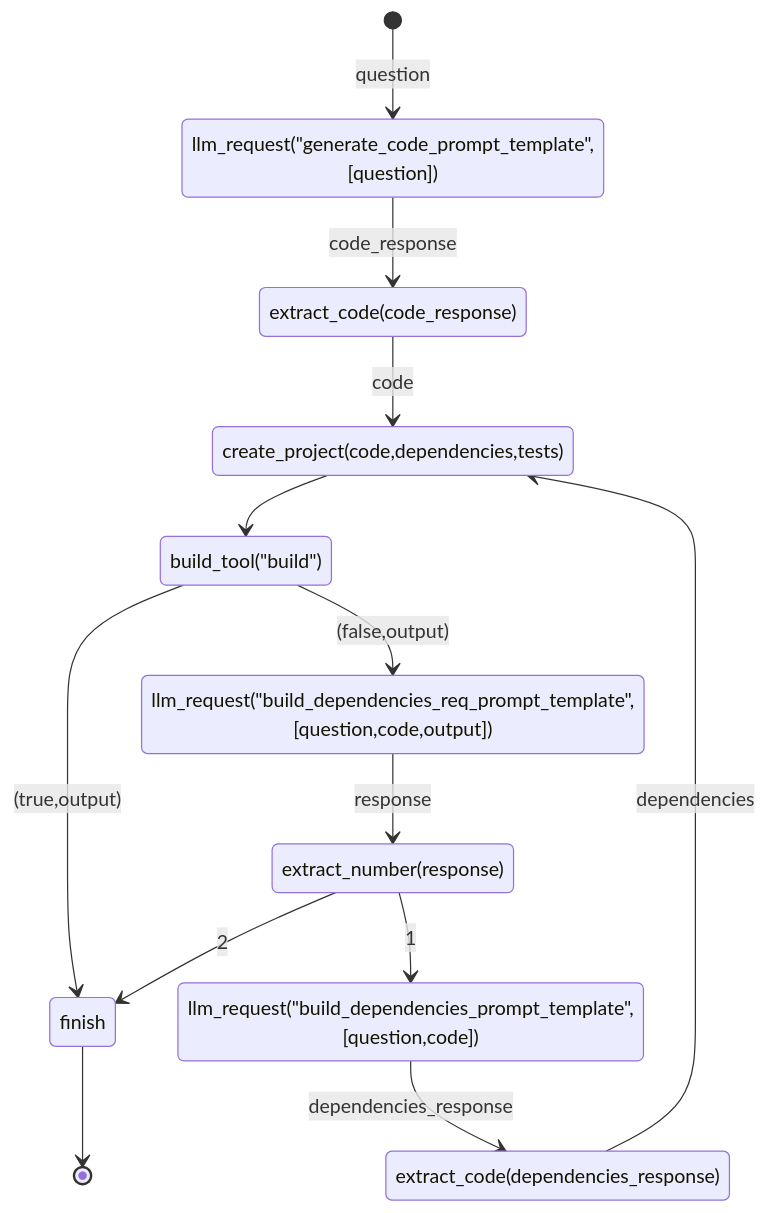
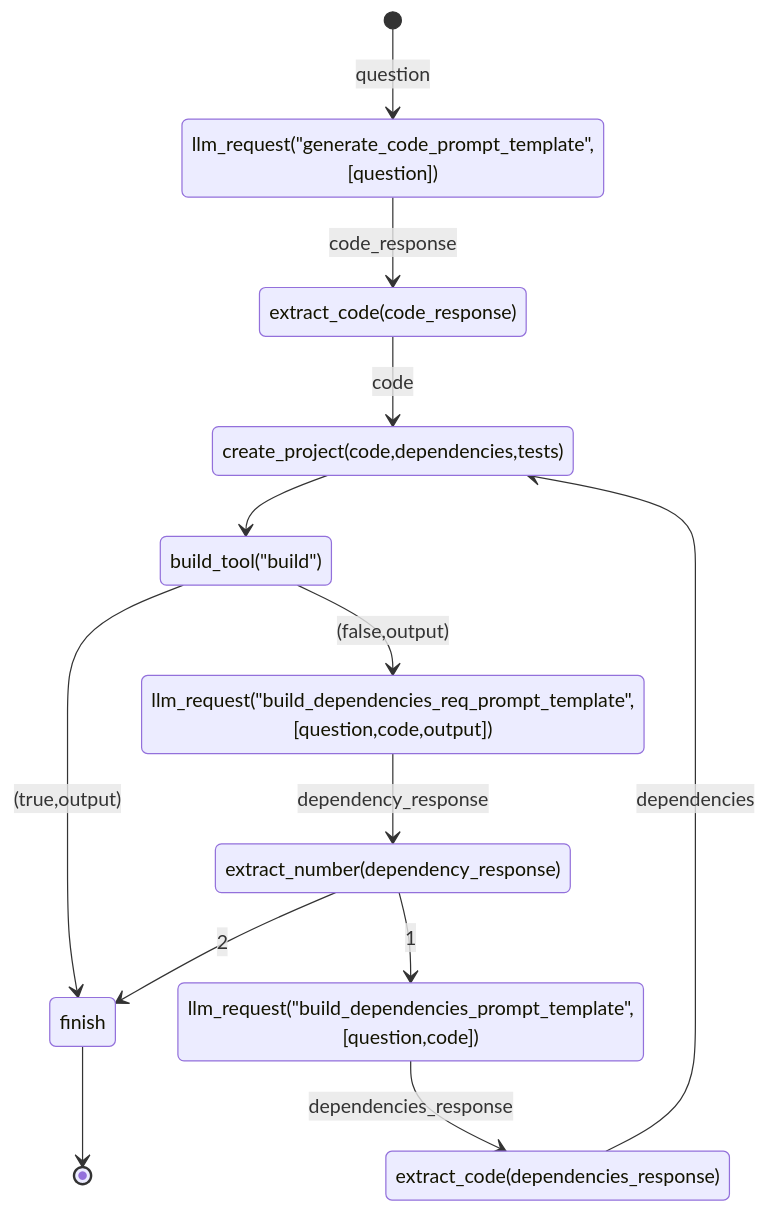
One commit to rizgan/LLM-Logic-Exec-Verify changed the diagram in state.md. Above: the diagram before and after it, drawn with Mermaid.

Commit message:
state_machine

````diff
--- a/state.md
+++ b/state.md
@@ -1,15 +1,15 @@
 ```mermaid
 stateDiagram
 [*] --> llm_request("generate_code_prompt_template",[question]) : question
 llm_request("generate_code_prompt_template",[question]) --> extract_code(code_response) : code_response
 extract_code(code_response) --> create_project(code,dependencies,tests) : code
 create_project(code,dependencies,tests) --> build_tool("build")
 build_tool("build") --> finish : (true,output) 
 build_tool("build") --> llm_request("build_dependencies_req_prompt_template",[question,code,output]) : (false,output) 
-llm_request("build_dependencies_req_prompt_template",[question,code,output])  --> extract_number(response) : response
-extract_number(response) --> finish : 2
-extract_number(response) --> llm_request("build_dependencies_prompt_template",[question,code]) : 1
+llm_request("build_dependencies_req_prompt_template",[question,code,output])  --> extract_number(dependency_response) : dependency_response
+extract_number(dependency_response) --> finish : 2
+extract_number(dependency_response) --> llm_request("build_dependencies_prompt_template",[question,code]) : 1
 llm_request("build_dependencies_prompt_template",[question,code]) --> extract_code(dependencies_response) : dependencies_response
 extract_code(dependencies_response) --> create_project(code,dependencies,tests) : dependencies 
 finish --> [*]
 ```
````
